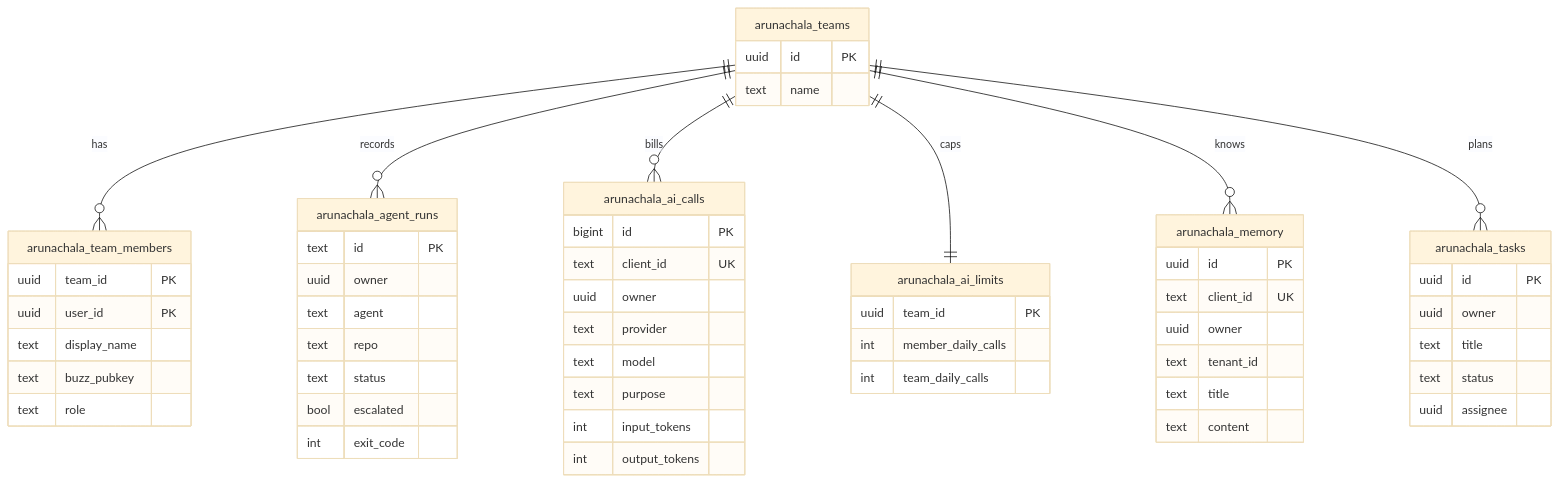
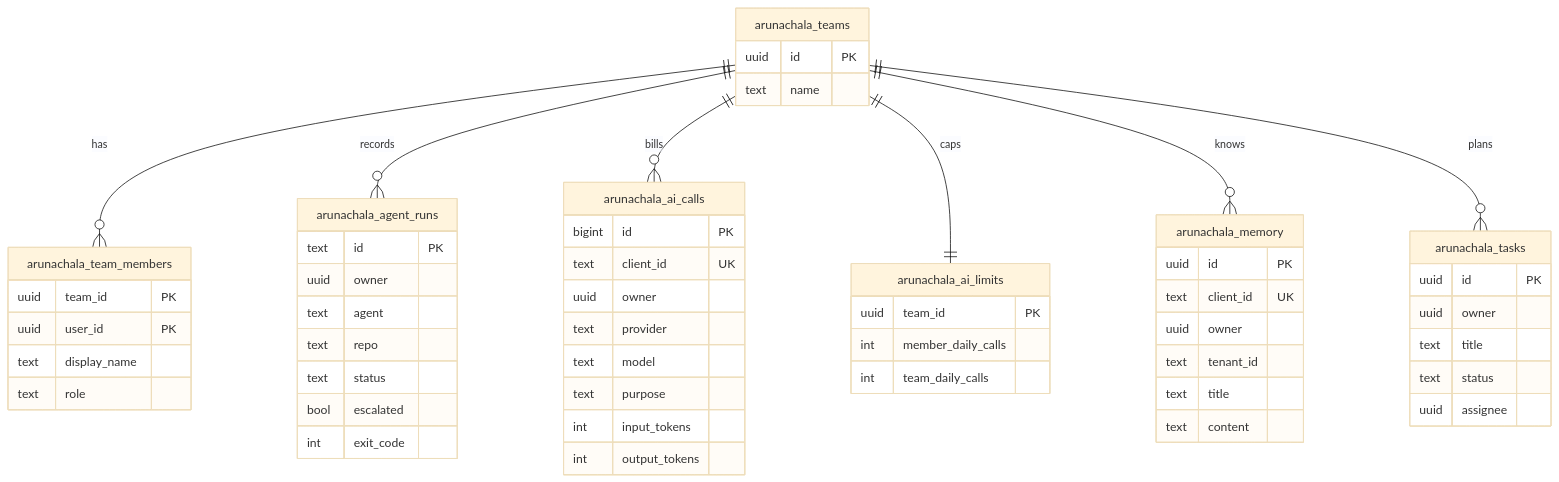
Before and after one commit to tnmurthy/fuzzy-octo-eureka: the seventh of 8 diagrams in docs/HLD.md, drawn with Mermaid (base theme). The commit also changed other lines of this file and 9 other files, not shown here.

````diff
--- a/docs/HLD.md
+++ b/docs/HLD.md
@@ -217,60 +210,59 @@
 ```mermaid
 erDiagram
     arunachala_teams ||--o{ arunachala_team_members : has
     arunachala_teams ||--o{ arunachala_agent_runs : records
     arunachala_teams ||--o{ arunachala_ai_calls : bills
     arunachala_teams ||--|| arunachala_ai_limits : caps
     arunachala_teams ||--o{ arunachala_memory : knows
     arunachala_teams ||--o{ arunachala_tasks : plans
 
     arunachala_teams {
         uuid id PK
         text name
     }
     arunachala_team_members {
         uuid team_id PK
         uuid user_id PK
         text display_name
-        text buzz_pubkey
         text role
     }
     arunachala_agent_runs {
         text id PK
         uuid owner
         text agent
         text repo
         text status
         bool escalated
         int exit_code
     }
     arunachala_ai_calls {
         bigint id PK
         text client_id UK
         uuid owner
         text provider
         text model
         text purpose
         int input_tokens
         int output_tokens
     }
     arunachala_ai_limits {
         uuid team_id PK
         int member_daily_calls
         int team_daily_calls
     }
     arunachala_memory {
         uuid id PK
         text client_id UK
         uuid owner
         text tenant_id
         text title
         text content
     }
     arunachala_tasks {
         uuid id PK
         uuid owner
         text title
         text status
         uuid assignee
     }
 ```
````
